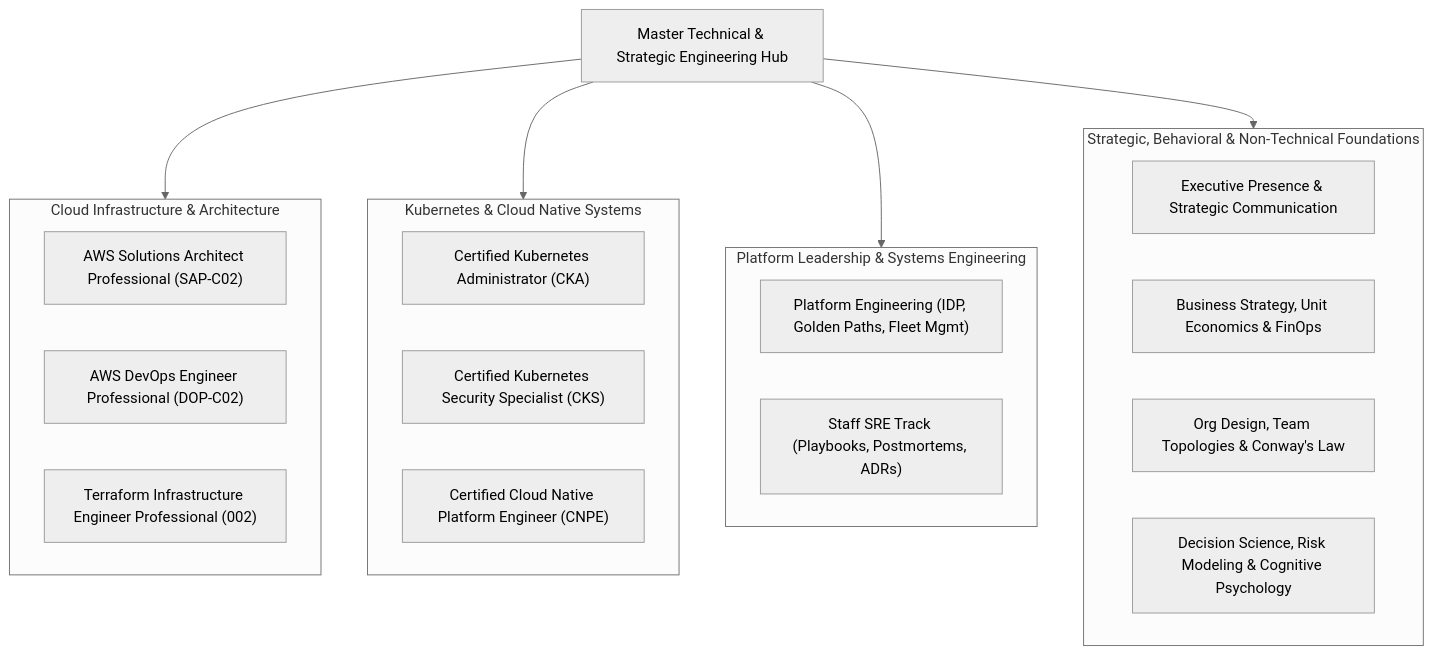
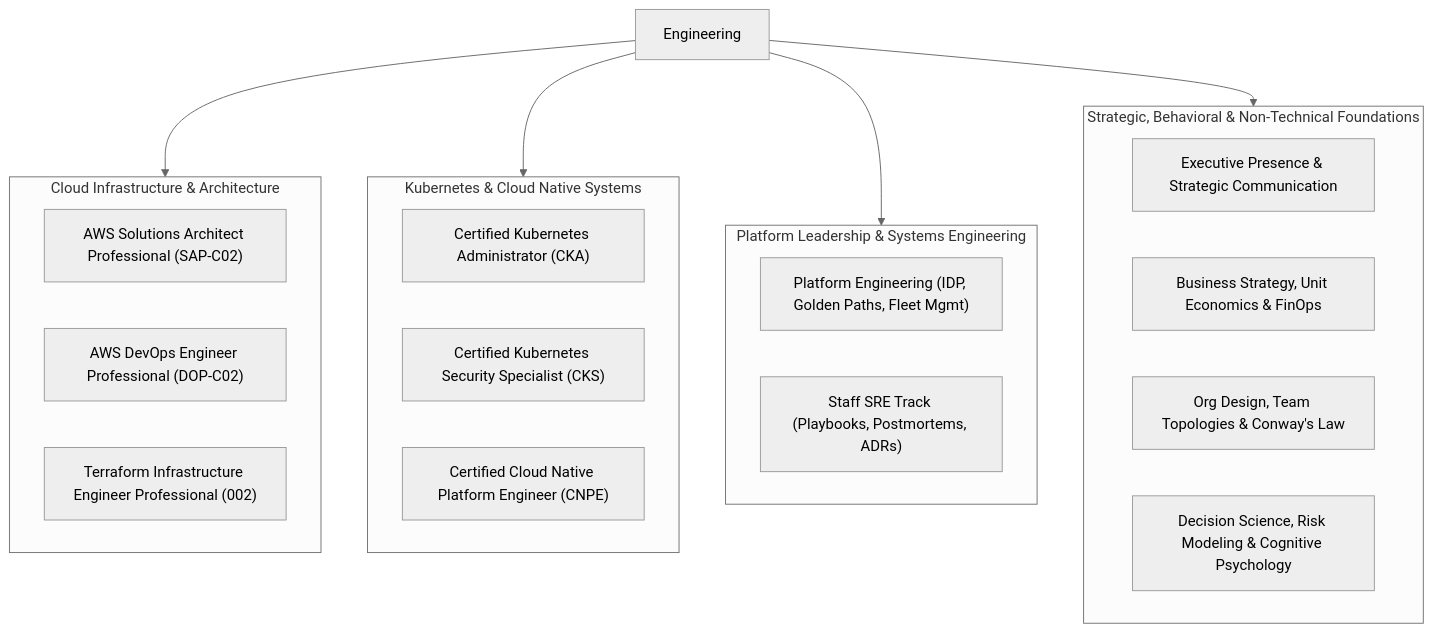
Before and after one commit to kendricklawton/technical: the diagram in README.md, drawn with Mermaid (neutral theme). The commit also changed other lines of this file, not shown here.

Commit message:
docs: rename root title to Engineering

````diff
--- a/README.md
+++ b/README.md
@@ -11,33 +11,33 @@
 ```mermaid
 flowchart TD
-    Hub["Master Technical & Strategic Engineering Hub"]
+    Hub["Engineering"]
     
     subgraph CloudInfra["Cloud Infrastructure & Architecture"]
         AWS_SA["AWS Solutions Architect Professional (SAP-C02)"]
         AWS_DO["AWS DevOps Engineer Professional (DOP-C02)"]
         TF_PRO["Terraform Infrastructure Engineer Professional (002)"]
     end
 
     subgraph K8sSecurity["Kubernetes & Cloud Native Systems"]
         CKA["Certified Kubernetes Administrator (CKA)"]
         CKS["Certified Kubernetes Security Specialist (CKS)"]
         CNPE["Certified Cloud Native Platform Engineer (CNPE)"]
     end
 
     subgraph StaffPlatform["Platform Leadership & Systems Engineering"]
         PE["Platform Engineering (IDP, Golden Paths, Fleet Mgmt)"]
         STAFF["Staff SRE Track (Playbooks, Postmortems, ADRs)"]
     end
 
     subgraph NonTechStrategic["Strategic, Behavioral & Non-Technical Foundations"]
         EXEC["Executive Presence & Strategic Communication"]
         BIZ["Business Strategy, Unit Economics & FinOps"]
         ORG["Org Design, Team Topologies & Conway's Law"]
         DECISION["Decision Science, Risk Modeling & Cognitive Psychology"]
     end
 
     Hub --> CloudInfra
     Hub --> K8sSecurity
     Hub --> StaffPlatform
     Hub --> NonTechStrategic
 ```
````
